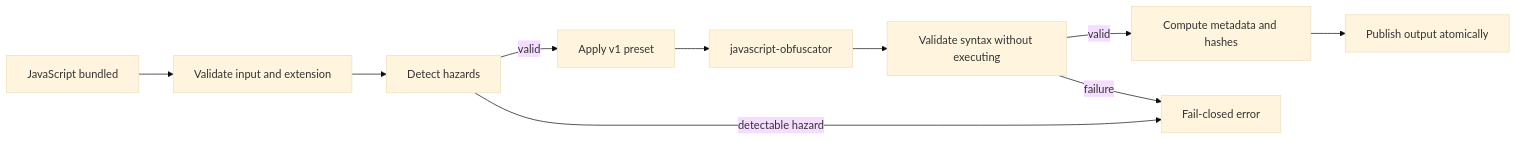
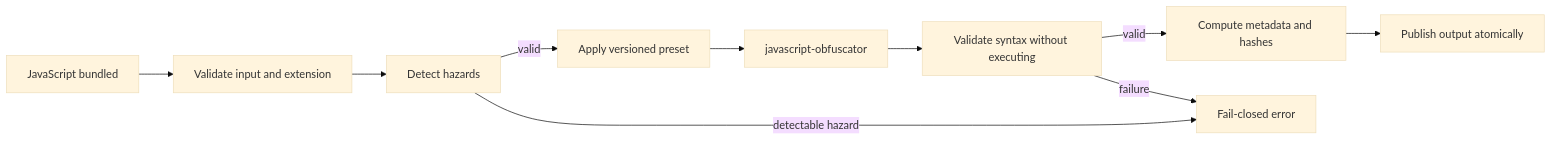
Before and after one commit to andermoreira/js-condom: the first of 2 diagrams in README.md, drawn with Mermaid (base theme). The commit also changed other lines of this file and 35 other files, not shown here.

````diff
--- a/README.md
+++ b/README.md
@@ -48,12 +48,12 @@
 ```mermaid
 flowchart LR
     A[JavaScript bundled] --> B[Validate input and extension]
     B --> C[Detect hazards]
-    C -->|valid| D[Apply v1 preset]
+    C -->|valid| D[Apply versioned preset]
     D --> E[javascript-obfuscator]
     E --> F[Validate syntax without executing]
     F -->|valid| G[Compute metadata and hashes]
     G --> H[Publish output atomically]
     C -->|detectable hazard| X[Fail-closed error]
     F -->|failure| X
 ```
````
